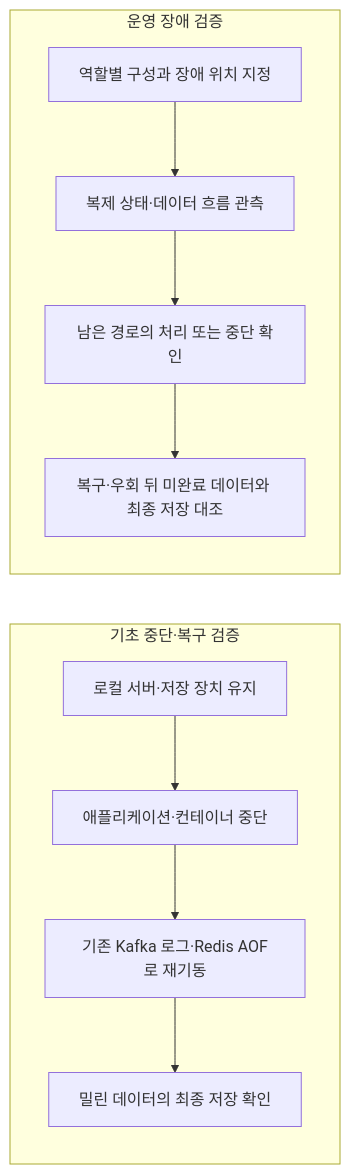
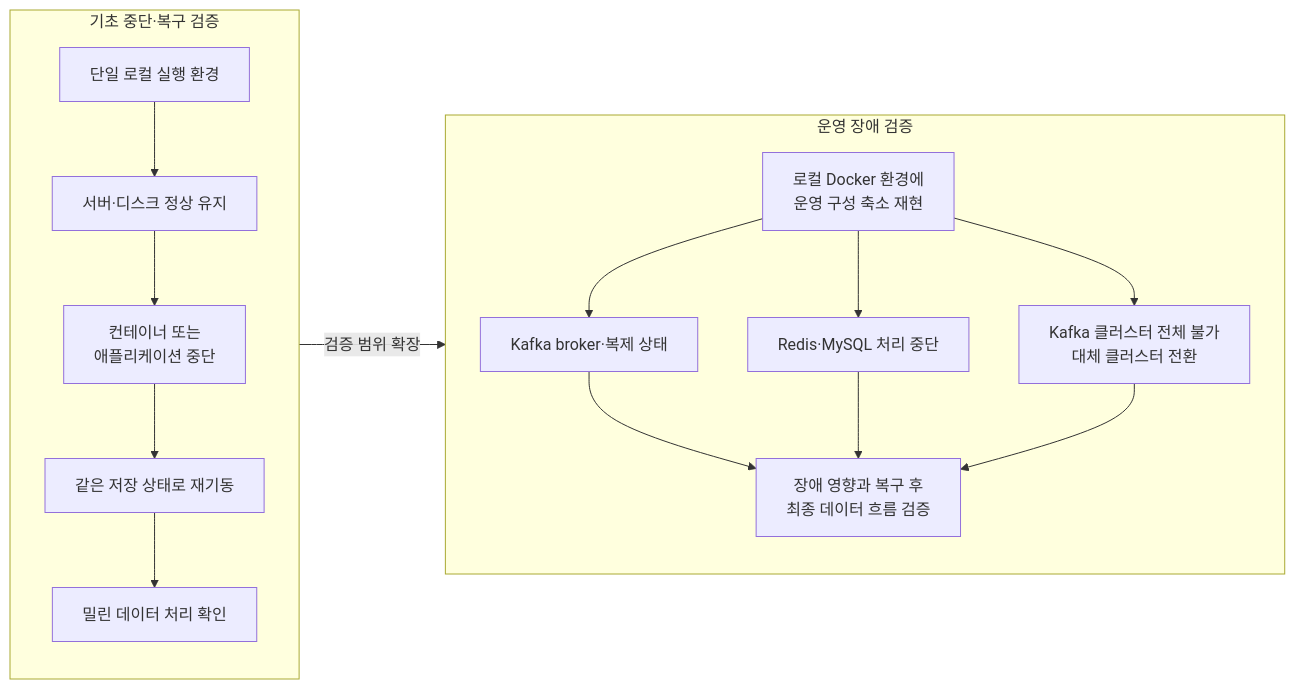
Before and after one commit to buss-sooin/barcode-ingest-pipeline: the third of 3 diagrams in README.md, drawn with Mermaid. The commit also changed other lines of this file, not shown here.

````diff
--- a/README.md
+++ b/README.md
@@ -295,13 +297,34 @@
 ```mermaid
 flowchart LR
-  subgraph BASIC[기초 중단·복구 검증]
-    B1[로컬 서버·저장 장치 유지] --> B2[애플리케이션·컨테이너 중단]
-    B2 --> B3[기존 Kafka 로그·Redis AOF로 재기동]
-    B3 --> B4[밀린 데이터의 최종 저장 확인]
-  end
-  subgraph OP[운영 장애 검증]
-    O1[역할별 구성과 장애 위치 지정] --> O2[복제 상태·데이터 흐름 관측]
-    O2 --> O3[남은 경로의 처리 또는 중단 확인]
-    O3 --> O4[복구·우회 뒤 미완료 데이터와 최종 저장 대조]
-  end
+    subgraph BASIC["기초 중단·복구 검증"]
+        direction TB
+        B1["단일 로컬 실행 환경"]
+        B2["서버·디스크 정상 유지"]
+        B3["컨테이너 또는<br/>애플리케이션 중단"]
+        B4["같은 저장 상태로 재기동"]
+        B5["밀린 데이터 처리 확인"]
+
+        B1 --> B2
+        B2 --> B3
+        B3 --> B4
+        B4 --> B5
+    end
+
+    subgraph OPS["운영 장애 검증"]
+        direction TB
+        O1["로컬 Docker 환경에<br/>운영 구성 축소 재현"]
+        O2["Kafka broker·복제 상태"]
+        O3["Redis·MySQL 처리 중단"]
+        O4["Kafka 클러스터 전체 불가<br/>대체 클러스터 전환"]
+        O5["장애 영향과 복구 후<br/>최종 데이터 흐름 검증"]
+
+        O1 --> O2
+        O1 --> O3
+        O1 --> O4
+        O2 --> O5
+        O3 --> O5
+        O4 --> O5
+    end
+
+    B5 -->|"검증 범위 확장"| O1
 ```
````
